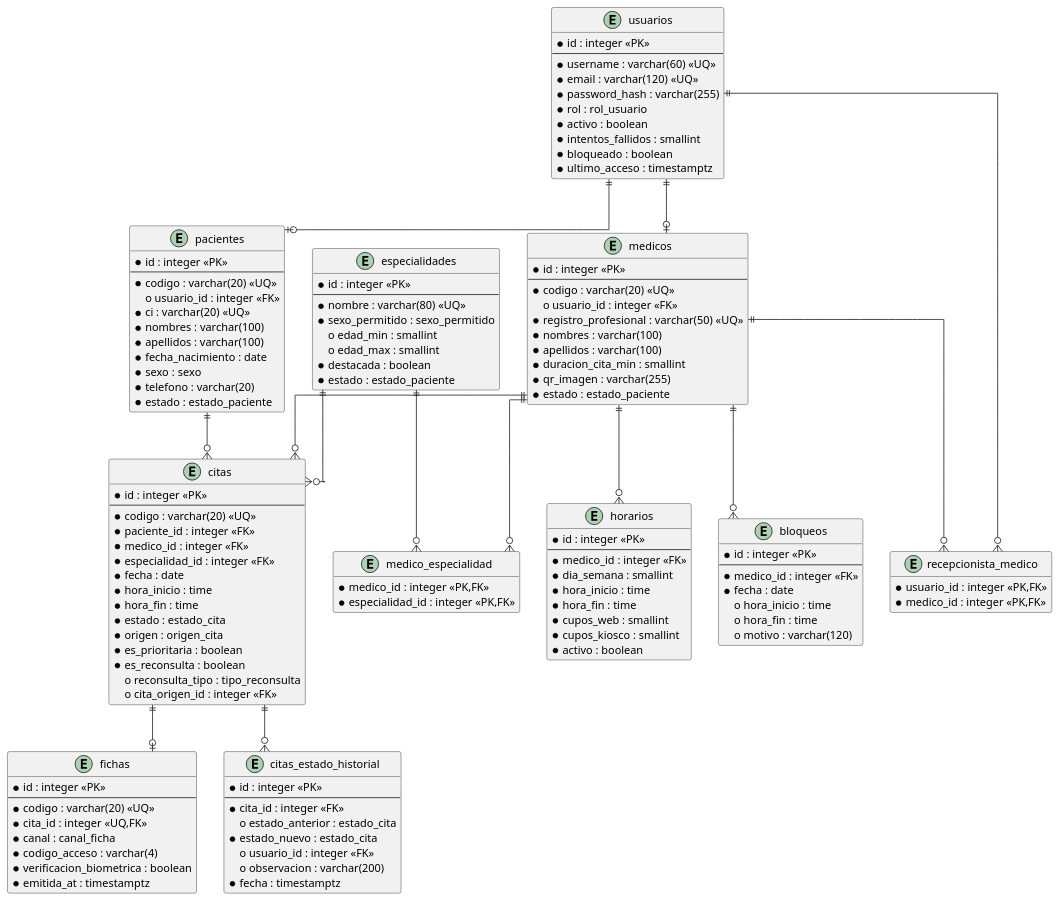
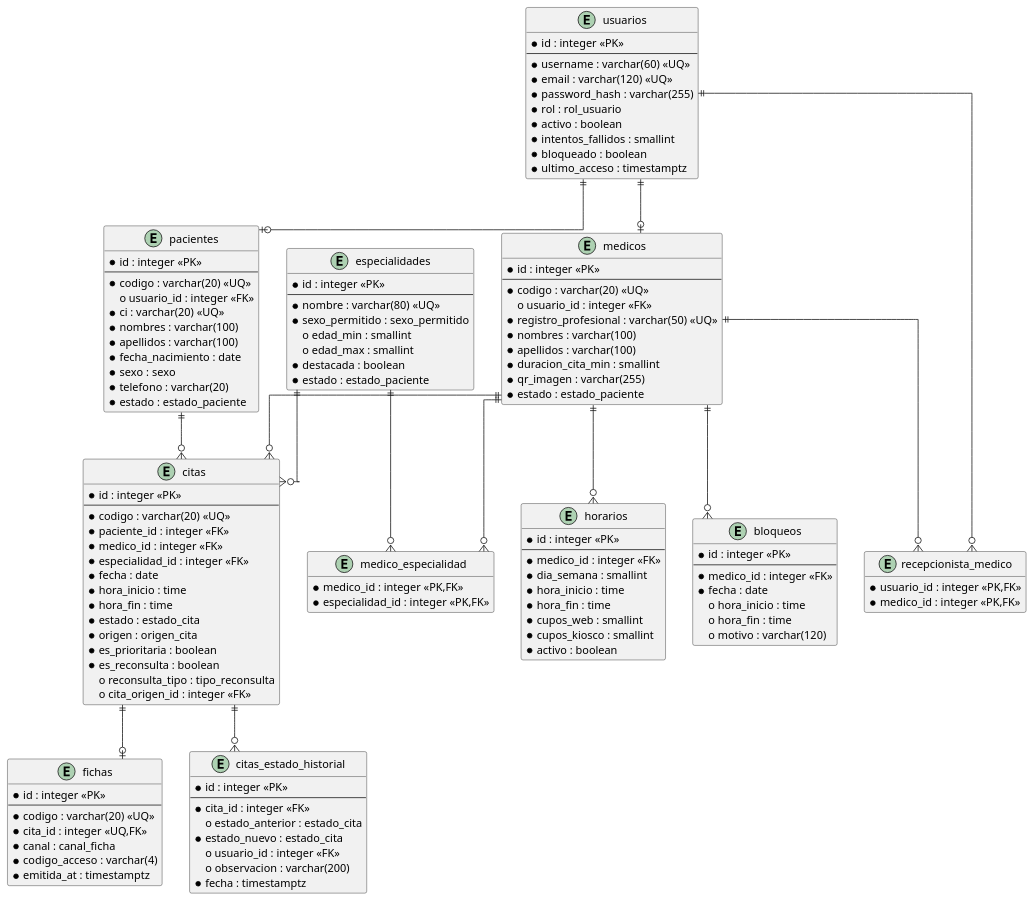
The diagram in docs/puds/diagramas/14_er_nucleo.puml (MattFrs12343/Cl-nica-Vida-Salud-Grupo-32), drawn with PlantUML before and after one commit. The commit also changed 71 other files, not shown here.

```diff
--- a/docs/puds/diagramas/14_er_nucleo.puml
+++ b/docs/puds/diagramas/14_er_nucleo.puml
@@ -1,138 +1,137 @@
 @startuml
 skinparam defaultFontName Arial
 skinparam shadowing false
 skinparam linetype ortho
 skinparam entity {
   BackgroundColor #F7FBFF
   BorderColor #0A6EBD
   FontColor #0B3C5D
   FontSize 9
 }
 hide methods
 hide stereotypes
 entity "usuarios" as usuarios {
   * id : integer <<PK>>
   --
   * username : varchar(60) <<UQ>>
   * email : varchar(120) <<UQ>>
   * password_hash : varchar(255)
   * rol : rol_usuario
   * activo : boolean
   * intentos_fallidos : smallint
   * bloqueado : boolean
   * ultimo_acceso : timestamptz
 }
 entity "pacientes" as pacientes {
   * id : integer <<PK>>
   --
   * codigo : varchar(20) <<UQ>>
   o usuario_id : integer <<FK>>
   * ci : varchar(20) <<UQ>>
   * nombres : varchar(100)
   * apellidos : varchar(100)
   * fecha_nacimiento : date
   * sexo : sexo
   * telefono : varchar(20)
   * estado : estado_paciente
 }
 entity "medicos" as medicos {
   * id : integer <<PK>>
   --
   * codigo : varchar(20) <<UQ>>
   o usuario_id : integer <<FK>>
   * registro_profesional : varchar(50) <<UQ>>
   * nombres : varchar(100)
   * apellidos : varchar(100)
   * duracion_cita_min : smallint
   * qr_imagen : varchar(255)
   * estado : estado_paciente
 }
 entity "especialidades" as especialidades {
   * id : integer <<PK>>
   --
   * nombre : varchar(80) <<UQ>>
   * sexo_permitido : sexo_permitido
   o edad_min : smallint
   o edad_max : smallint
   * destacada : boolean
   * estado : estado_paciente
 }
 entity "medico_especialidad" as me {
   * medico_id : integer <<PK,FK>>
   * especialidad_id : integer <<PK,FK>>
 }
 entity "recepcionista_medico" as rm {
   * usuario_id : integer <<PK,FK>>
   * medico_id : integer <<PK,FK>>
 }
 entity "horarios" as horarios {
   * id : integer <<PK>>
   --
   * medico_id : integer <<FK>>
   * dia_semana : smallint
   * hora_inicio : time
   * hora_fin : time
   * cupos_web : smallint
   * cupos_kiosco : smallint
   * activo : boolean
 }
 entity "bloqueos" as bloqueos {
   * id : integer <<PK>>
   --
   * medico_id : integer <<FK>>
   * fecha : date
   o hora_inicio : time
   o hora_fin : time
   o motivo : varchar(120)
 }
 entity "citas" as citas {
   * id : integer <<PK>>
   --
   * codigo : varchar(20) <<UQ>>
   * paciente_id : integer <<FK>>
   * medico_id : integer <<FK>>
   * especialidad_id : integer <<FK>>
   * fecha : date
   * hora_inicio : time
   * hora_fin : time
   * estado : estado_cita
   * origen : origen_cita
   * es_prioritaria : boolean
   * es_reconsulta : boolean
   o reconsulta_tipo : tipo_reconsulta
   o cita_origen_id : integer <<FK>>
 }
 entity "fichas" as fichas {
   * id : integer <<PK>>
   --
   * codigo : varchar(20) <<UQ>>
   * cita_id : integer <<UQ,FK>>
   * canal : canal_ficha
   * codigo_acceso : varchar(4)
-  * verificacion_biometrica : boolean
   * emitida_at : timestamptz
 }
 entity "citas_estado_historial" as hist {
   * id : integer <<PK>>
   --
   * cita_id : integer <<FK>>
   o estado_anterior : estado_cita
   * estado_nuevo : estado_cita
   o usuario_id : integer <<FK>>
   o observacion : varchar(200)
   * fecha : timestamptz
 }
 usuarios ||--o| pacientes
 usuarios ||--o| medicos
 usuarios ||--o{ rm
 medicos ||--o{ rm
 medicos ||--o{ me
 especialidades ||--o{ me
 medicos ||--o{ horarios
 medicos ||--o{ bloqueos
 pacientes ||--o{ citas
 medicos ||--o{ citas
 especialidades ||--o{ citas
 citas ||--o| fichas
 citas ||--o{ hist
 @enduml
```
